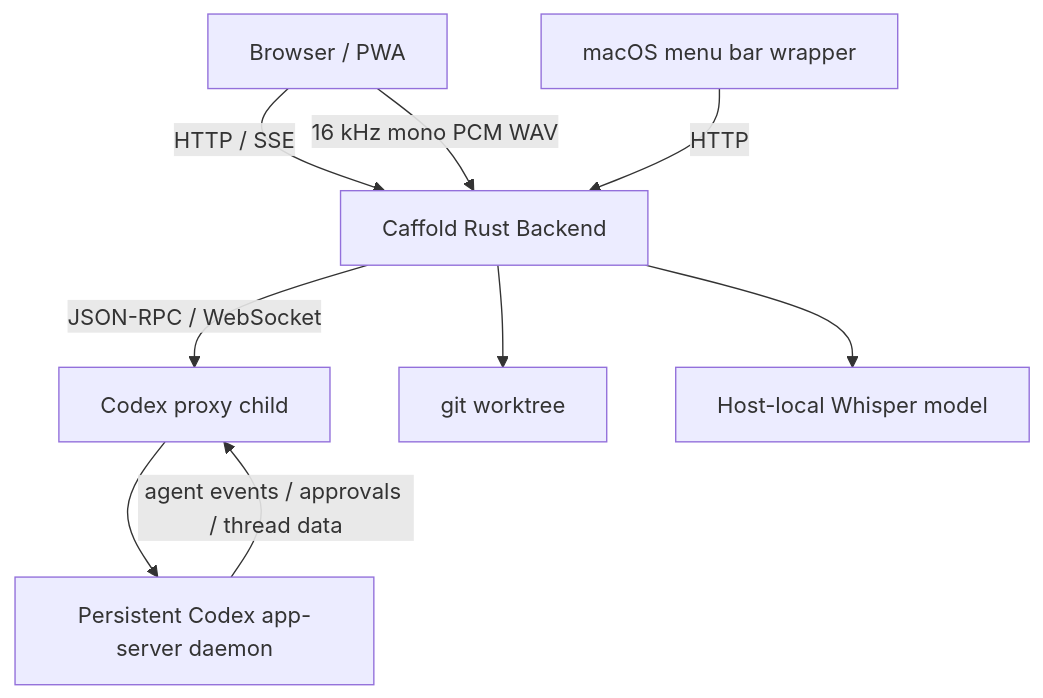
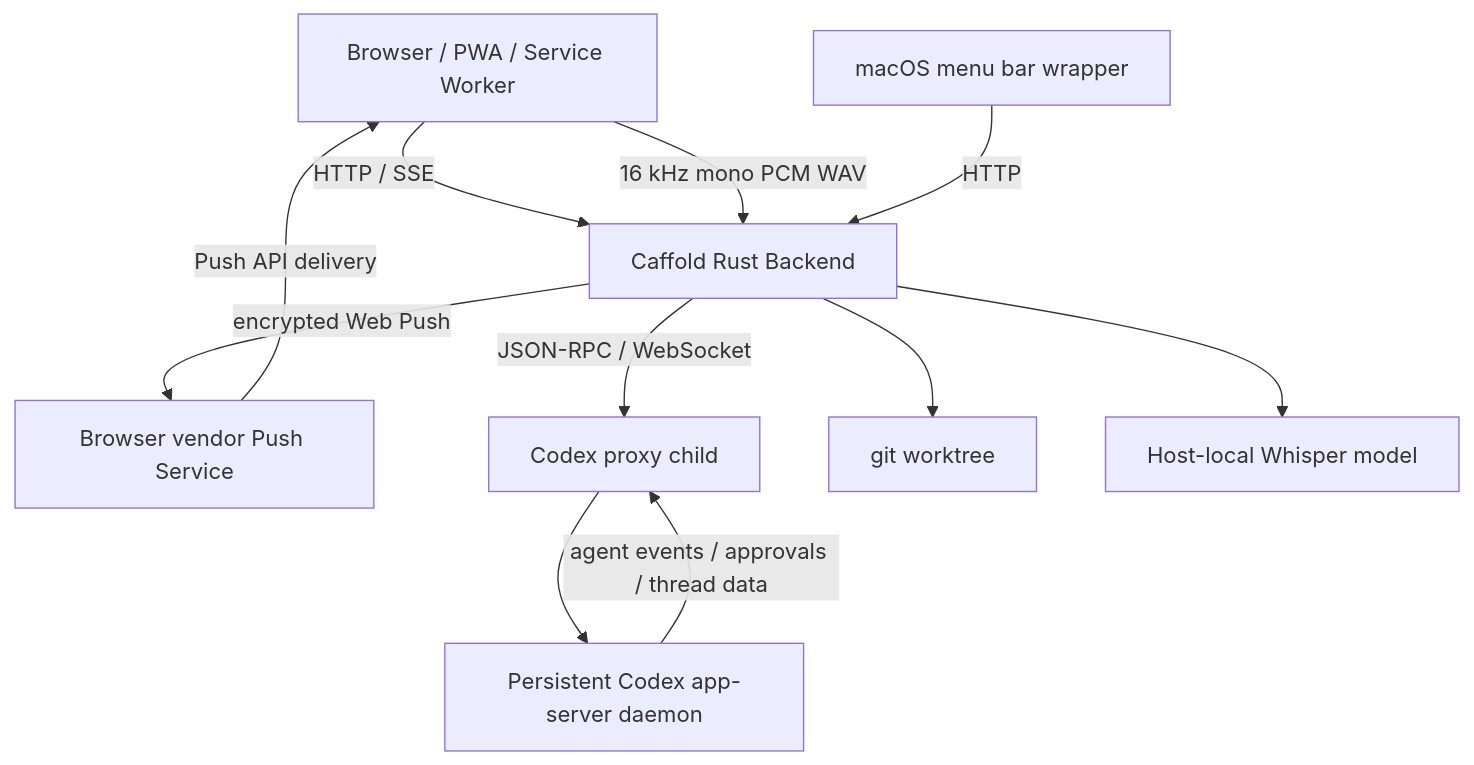
Before and after one commit to panarch/caffold: the diagram in docs/architecture/overview.md, drawn with Mermaid. The commit also changed other lines of this file and 40 other files, not shown here.

First line of the commit message:
Add Web Push notifications for terminal turns

````diff
--- a/docs/architecture/overview.md
+++ b/docs/architecture/overview.md
@@ -10,19 +10,22 @@
 ```mermaid
 flowchart TD
-    PWA["Browser / PWA"]
+    PWA["Browser / PWA / Service Worker"]
     MacWrapper["macOS menu bar wrapper"]
     Backend["Caffold Rust Backend"]
+    PushService["Browser vendor Push Service"]
     Proxy["Codex proxy child"]
     AppServer["Persistent Codex app-server daemon"]
     Git["git worktree"]
     Whisper["Host-local Whisper model"]
 
     PWA -->|"HTTP / SSE"| Backend
     PWA -->|"16 kHz mono PCM WAV"| Backend
     MacWrapper -->|"HTTP"| Backend
     Backend -->|"JSON-RPC / WebSocket"| Proxy
     Proxy --> AppServer
     Backend --> Git
     Backend --> Whisper
+    Backend -->|"encrypted Web Push"| PushService
+    PushService -->|"Push API delivery"| PWA
     AppServer -->|"agent events / approvals / thread data"| Proxy
 ```
````
